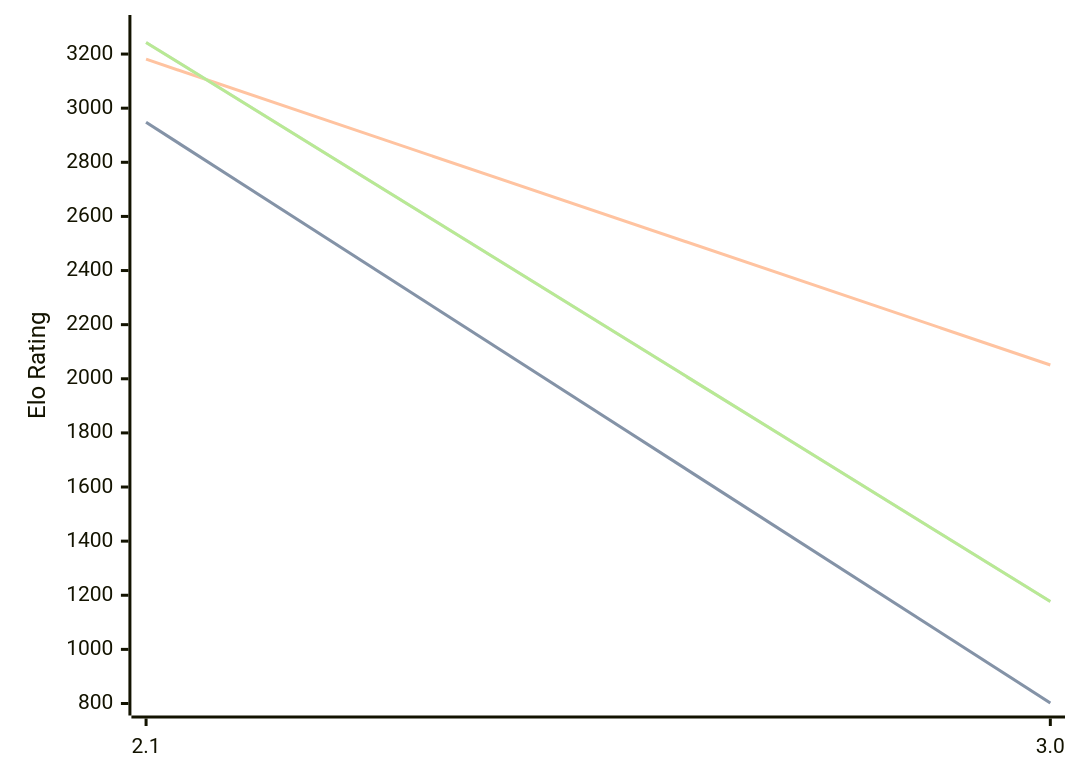
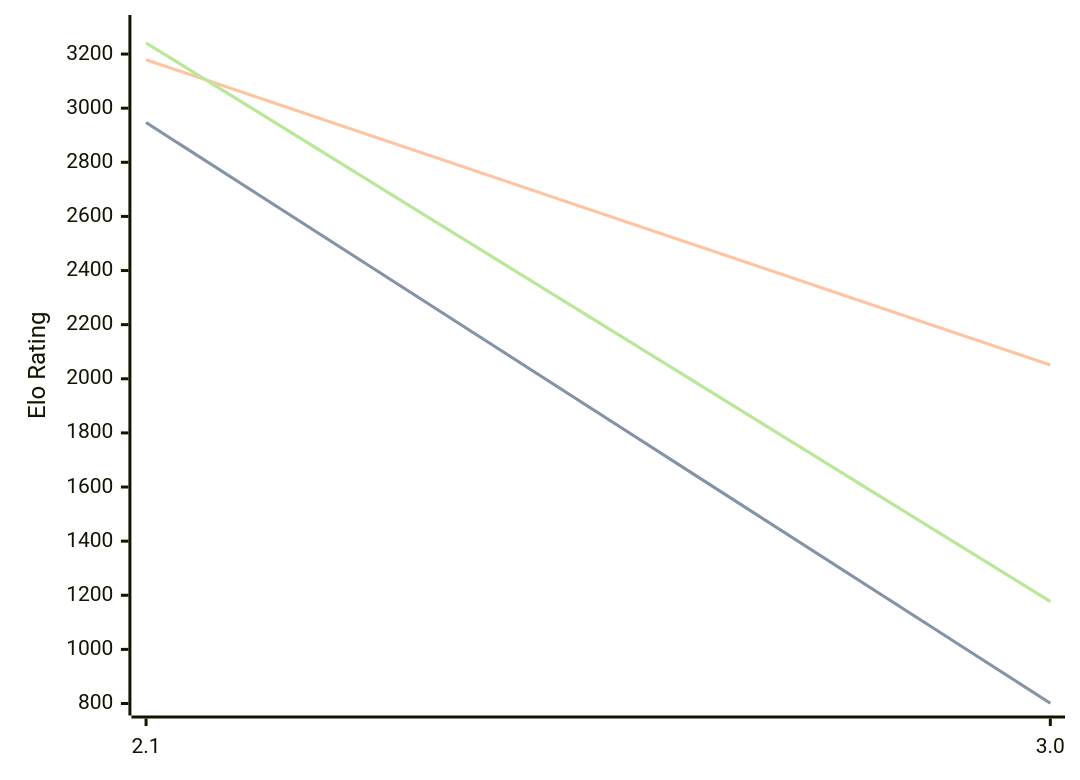
The diagram in engines/Quirky.md (computer-chess-index/cci), drawn with Mermaid before and after one commit. The commit also changed other lines of this file, not shown here.

Commit message:
Update CCI Ratings (ELO VLTC) - 2026-08-03

````diff
--- a/engines/Quirky.md
+++ b/engines/Quirky.md
@@ -34,11 +34,11 @@
 ```mermaid
 %%{init: {"theme":"base","themeVariables":{"seriesColors:['#a3a3a3','#222221','#faa371']}}}%%
 xychart-beta
   x-axis ["2.1", "3.0"]
   y-axis "Elo Rating" 800 --> 3300
-  line "STC (8.0+0.08s)" [2948, 802]
-  line "STC (8.0+0.08s)" [2948, 802]
-  line "LTC (60.0+0.60s)" [3181, 2051]
-  line "VLTC (2m24s+1.12s)" [3243, 1177]
-  line "VLTC (2m24s+1.12s)" [3243, 1177]
+  line "STC (8.0+0.08s)" [2947, 801]
+  line "STC (8.0+0.08s)" [2947, 801]
+  line "LTC (60.0+0.60s)" [3179, 2051]
+  line "VLTC (2m24s+1.12s)" [3241, 1177]
+  line "VLTC (2m24s+1.12s)" [3241, 1177]
 ```
````
